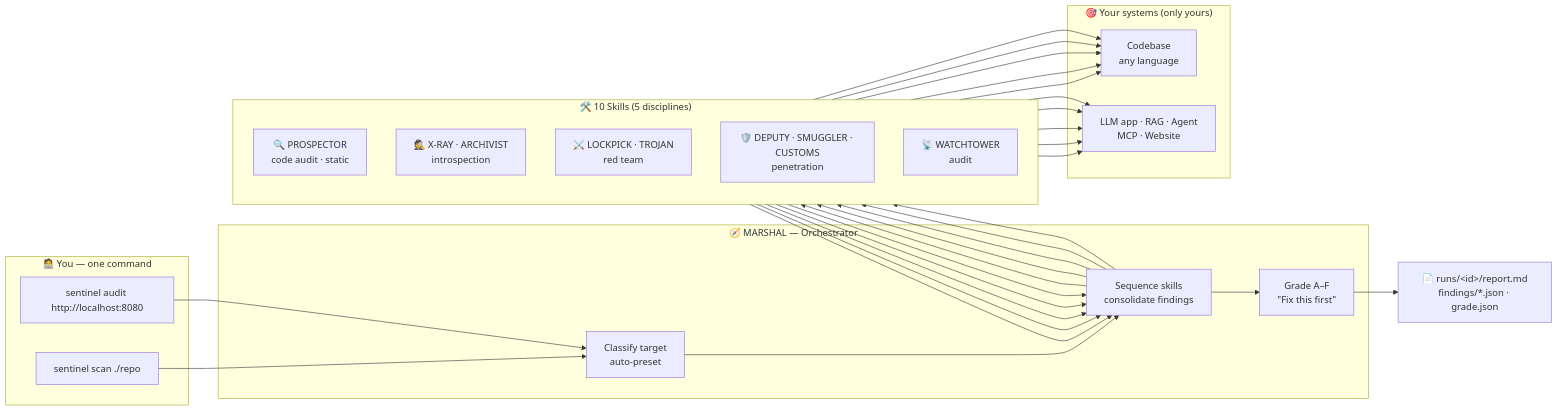
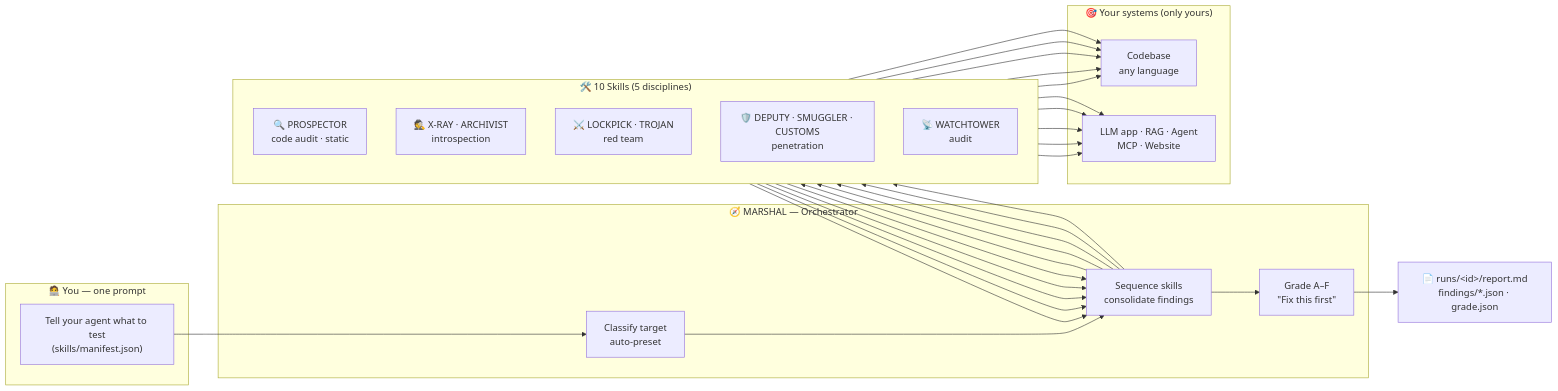
One commit to chinna250801/sentinel-llm changed the first of 4 diagrams in README.md. Above: the diagram before and after it, drawn with Mermaid. The commit also changed other lines of this file and 5 other files, not shown here.

Commit message:
docs: prompt-native interface - remove CLI usage strings, agent-prompt is the primary path everywhere

````diff
--- a/README.md
+++ b/README.md
@@ -19,34 +19,32 @@
 ```mermaid
 flowchart LR
-    subgraph YOU["🧑‍💻 You — one command"]
-        U1["sentinel scan ./repo"]
-        U2["sentinel audit http://localhost:8080"]
+    subgraph YOU["🧑‍💻 You — one prompt"]
+        U1["Tell your agent what to test<br/>(skills/manifest.json)"]
     end
 
     subgraph ORCH["🧭 MARSHAL — Orchestrator"]
         O1["Classify target<br/>auto-preset"]
         O2["Sequence skills<br/>consolidate findings"]
         O3["Grade A–F<br/>&quot;Fix this first&quot;"]
     end
 
     subgraph SKILLS["🛠️ 10 Skills (5 disciplines)"]
         direction TB
         S1["🔍 PROSPECTOR<br/>code audit · static"]
         S2["🕵️ X-RAY · ARCHIVIST<br/>introspection"]
         S3["⚔️ LOCKPICK · TROJAN<br/>red team"]
         S4["🛡️ DEPUTY · SMUGGLER · CUSTOMS<br/>penetration"]
         S5["📡 WATCHTOWER<br/>audit"]
     end
 
     subgraph TARGET["🎯 Your systems (only yours)"]
         T1["Codebase<br/>any language"]
         T2["LLM app · RAG · Agent<br/>MCP · Website"]
     end
 
     U1 --> O1
-    U2 --> O1
     O1 --> O2 --> S1 & S2 & S3 & S4 & S5
     S1 & S2 & S3 & S4 & S5 --> T1 & T2
     S1 & S2 & S3 & S4 & S5 --> O2
     O2 --> O3 --> R["📄 runs/&lt;id&gt;/report.md<br/>findings/*.json · grade.json"]
 ```
````
